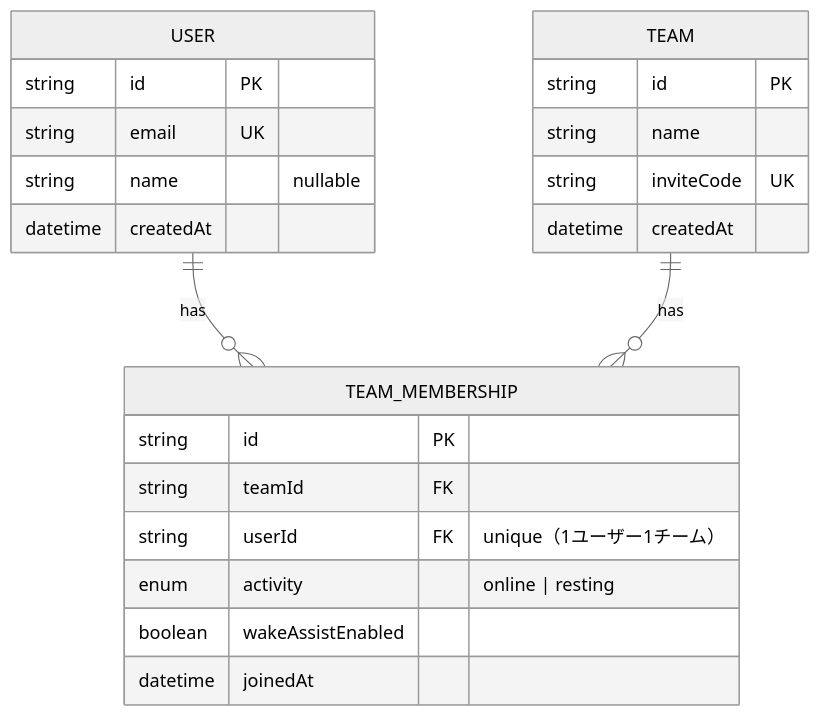
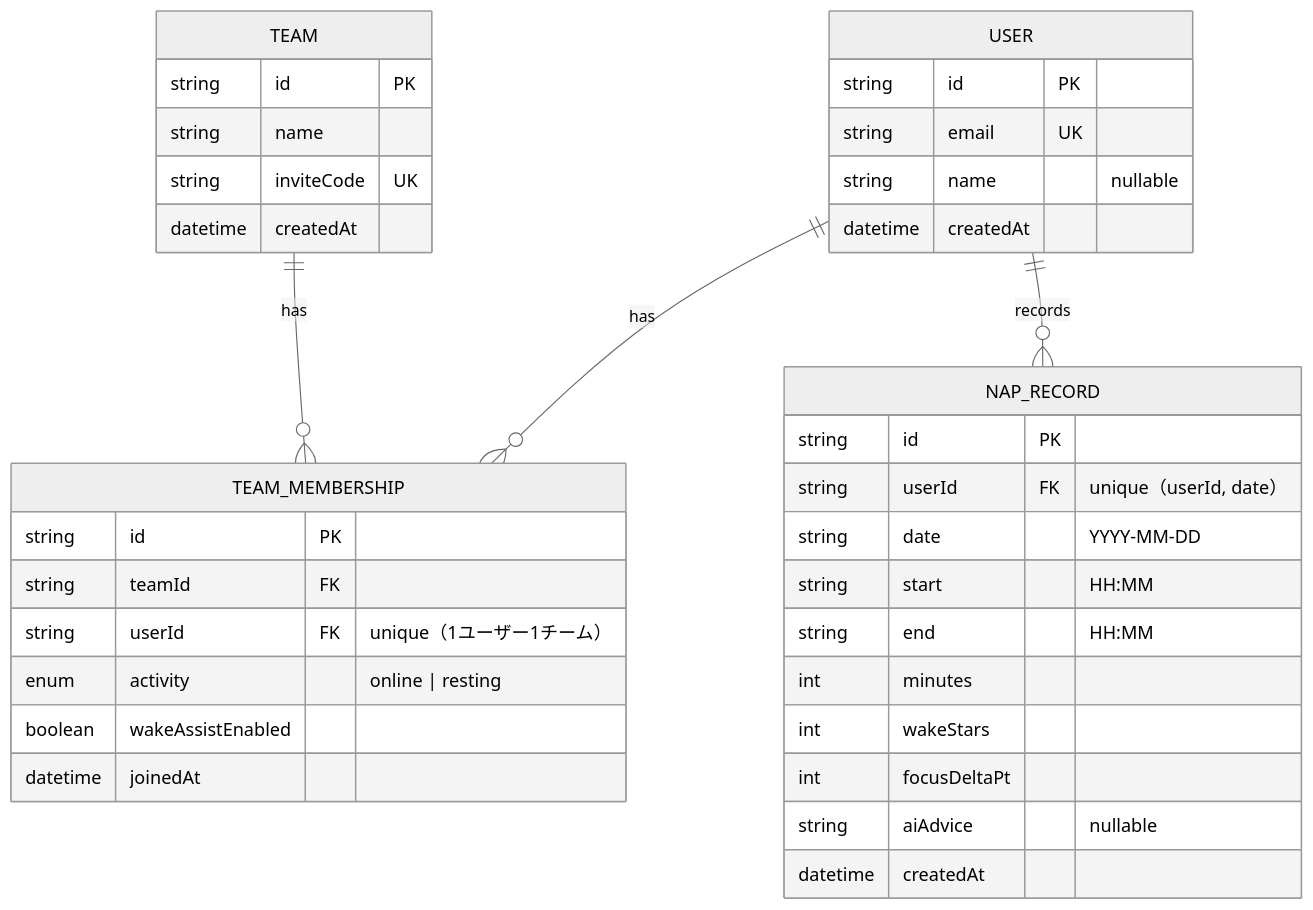
Before and after one commit to YAMI-SOTE/team-nap-app: the first of 2 diagrams in docs/db.md, drawn with Mermaid (neutral theme). The commit also changed other lines of this file and 1 other file, not shown here.

First line of the commit message:
docs: document NapRecord table + nap→ふりかえり flow with stored AI advice

````diff
--- a/docs/db.md
+++ b/docs/db.md
@@ -101,29 +102,43 @@
 ```mermaid
 erDiagram
 
     USER ||--o{ TEAM_MEMBERSHIP : has
     TEAM ||--o{ TEAM_MEMBERSHIP : has
+    USER ||--o{ NAP_RECORD : records
 
     USER {
         string id PK
         string email UK
         string name "nullable"
         datetime createdAt
     }
 
     TEAM {
         string id PK
         string name
         string inviteCode UK
         datetime createdAt
     }
 
     TEAM_MEMBERSHIP {
         string id PK
         string teamId FK
         string userId FK "unique（1ユーザー1チーム）"
         enum   activity "online | resting"
         boolean wakeAssistEnabled
         datetime joinedAt
     }
+
+    NAP_RECORD {
+        string id PK
+        string userId FK "unique（userId, date）"
+        string date "YYYY-MM-DD"
+        string start "HH:MM"
+        string end "HH:MM"
+        int minutes
+        int wakeStars
+        int focusDeltaPt
+        string aiAdvice "nullable"
+        datetime createdAt
+    }
 ```
````
